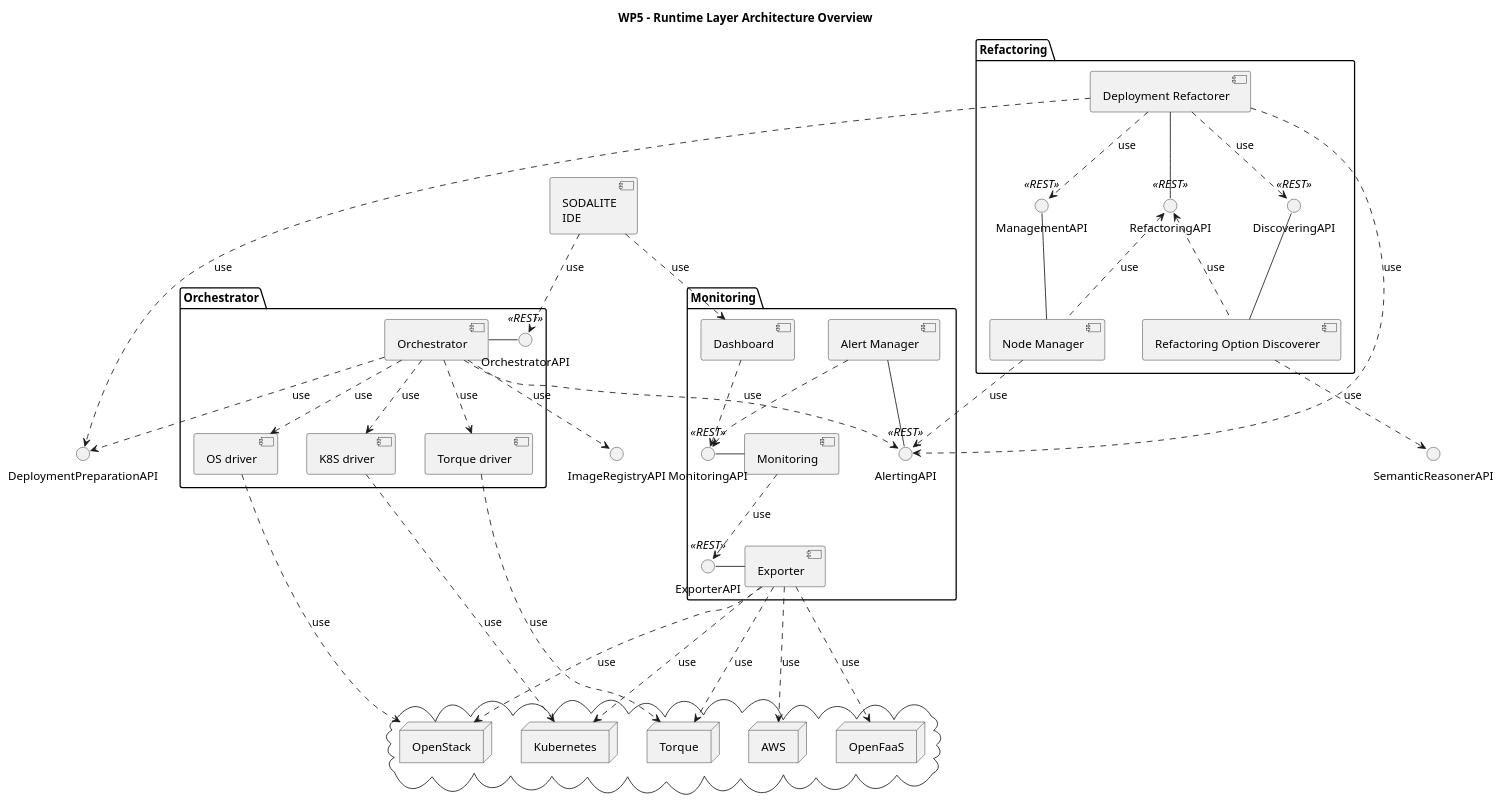
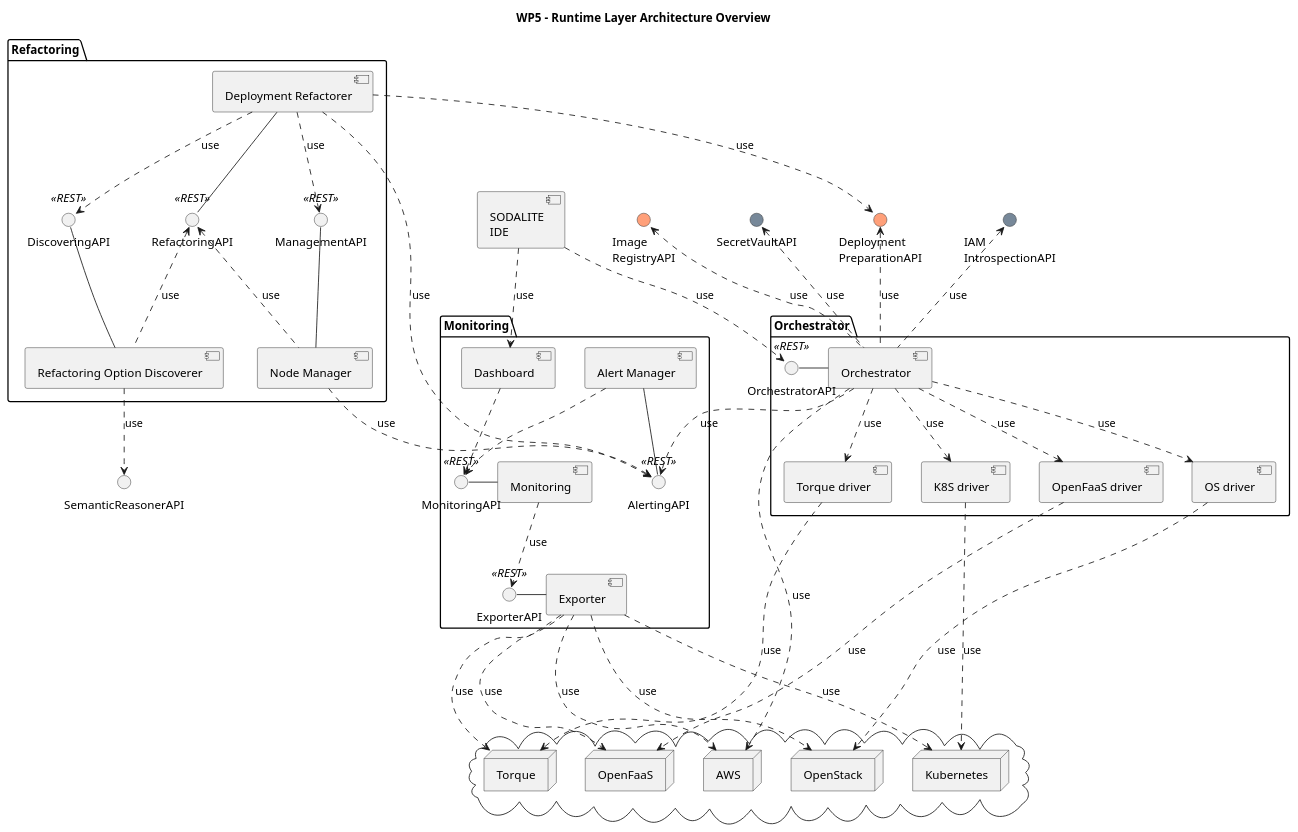
Before and after one commit to SODALITE-EU/project-wide-documentation: the diagram in uml/component-diagrams/CD-WP5-ArchitectureOverview.puml, drawn with PlantUML.

Commit message:
Added FaaS, AWS drivers, IAM/Vault API

```diff
--- a/uml/component-diagrams/CD-WP5-ArchitectureOverview.puml
+++ b/uml/component-diagrams/CD-WP5-ArchitectureOverview.puml
@@ -1,91 +1,106 @@
 @startuml
 
 title WP5 - Runtime Layer Architecture Overview
 
 interface "SemanticReasonerAPI" as sem
 
 package "Orchestrator" as orch {
     component [Orchestrator] as orch_impl
     interface "OrchestratorAPI" <<REST>> as orch_if
     component [OS driver] as os_driver
     component [K8S driver] as k8s_driver
     component [Torque driver] as torque_driver
+    component [OpenFaaS driver] as faas_driver
+    orch_impl - orch_if
 }
 
 package "Monitoring" as mon {
     [Monitoring] as mon_impl
     () "MonitoringAPI" <<REST>> as mon_if
     [Dashboard] as dash
     [Exporter] as exp
     () "ExporterAPI" <<REST>> as exp_if
     [Alert Manager] as alert_mngr
     () "AlertingAPI" <<REST>> as alert_if
+    mon_impl -l- mon_if
+    exp -l- exp_if
+    alert_mngr -d- alert_if
 }
 
 package "Refactoring" as refactor {
     interface "RefactoringAPI" <<REST>> as ref_if
     interface "DiscoveringAPI" <<REST>> as dis_if
     interface "ManagementAPI" <<REST>> as mng_if
     component [Deployment Refactorer] as ref_depl
     component [Refactoring Option Discoverer] as ref_opt
     component [Node Manager] as ref_node
+    dis_if -d- ref_opt
+    mng_if -d- ref_node
 }
 
 cloud {
     node OpenStack
     node Kubernetes as K8S
     node Torque
     node OpenFaaS
     node AWS
 }
 
-() "DeploymentPreparationAPI" as depl_prep
-() "ImageRegistryAPI" as image_reg
+'WP4 APIs
+interface "Deployment\nPreparationAPI" as depl_prep #LightSalmon
+interface "Image\nRegistryAPI" as image_reg #LightSalmon
+
+'Security APIs
+interface "IAM\nIntrospectionAPI" as IAMApi #LightSlateGrey
+interface "SecretVaultAPI" as VaultAPI #LightSlateGrey
+
 
 [SODALITE\nIDE] as ide
 
-orch_impl - orch_if
-
-mon_impl -l- mon_if
-exp -l- exp_if
+'Monitoring
 mon_impl ..> exp_if : use
 dash ..> mon_if
-alert_mngr -d- alert_if
 alert_mngr ..> mon_if
 
+
+'Refactoring
 ref_if -u- ref_depl
 ref_if <.. ref_opt : use
 ref_if <.. ref_node : use
-dis_if -d- ref_opt
-mng_if -d- ref_node
 
 ref_opt ..> sem : use
 
 ref_depl ..> mng_if : use
 ref_depl ..> dis_if : use
 ref_depl ..> depl_prep : use
 
 ref_node ..> alert_if : use
 ref_depl ..> alert_if : use
 orch_impl ..> alert_if : use
 
 torque_driver ..> Torque : use
 
 orch_impl ..> os_driver : use
 orch_impl ..> k8s_driver : use
 orch_impl ..> torque_driver : use
-orch_impl ..> depl_prep: use
-orch_impl ..> image_reg: use
+orch_impl ..> AWS : use
+orch_impl ..> faas_driver : use
+
+orch_impl .u.> depl_prep: use
+orch_impl .u.> image_reg: use
+orch_impl .u.> IAMApi: use
+orch_impl .u.> VaultAPI: use
 
 os_driver ..> OpenStack : use
 k8s_driver ..> K8S : use
+faas_driver ..> OpenFaaS : use
 
 exp ...> OpenStack : use
 exp ...> K8S : use
 exp ...> Torque : use
 exp ...> OpenFaaS : use
 exp ...> AWS : use
 
 ide ..> orch_if : use
 ide ..> dash : use
 @enduml
```
